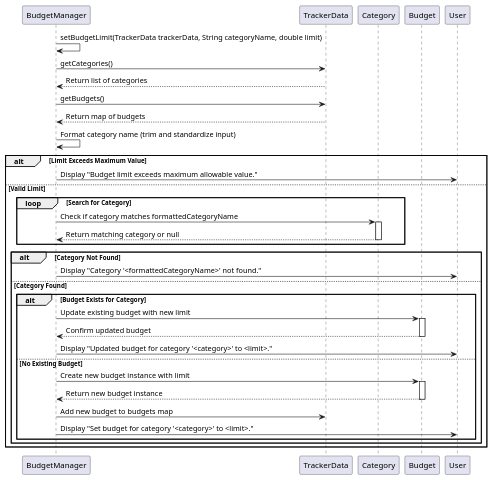
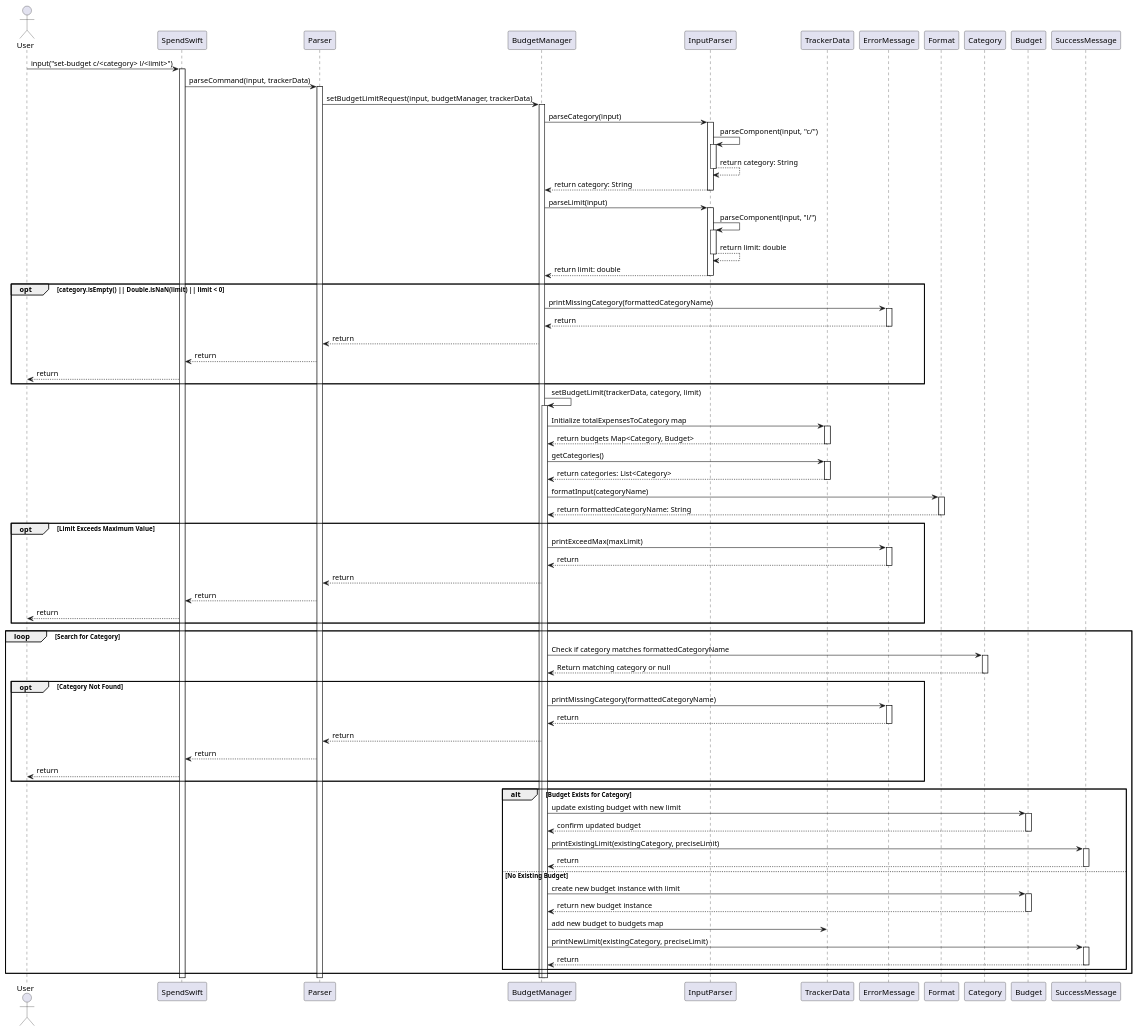
One commit to nus-cs2113-AY2425S1/tp changed the diagram in docs/diagrams/SetBudget.puml. Above: the diagram before and after it, drawn with PlantUML. The commit also changed 6 other files, not shown here.

Commit message:
Add set-budget sequence diagram

```diff
--- a/docs/diagrams/SetBudget.puml
+++ b/docs/diagrams/SetBudget.puml
@@ -1,48 +1,113 @@
 @startuml
 
+actor User
+participant SpendSwift
+participant Parser
 participant BudgetManager
+participant InputParser
 participant TrackerData
-participant Category
-participant Budget
 
-BudgetManager -> BudgetManager : setBudgetLimit(TrackerData trackerData, String categoryName, double limit)
+User -> SpendSwift : input("set-budget c/<category> l/<limit>")
+activate SpendSwift
+SpendSwift -> Parser : parseCommand(input, trackerData)
+
+activate Parser
+Parser -> BudgetManager : setBudgetLimitRequest(input, budgetManager, trackerData)
+
+activate BudgetManager
+BudgetManager -> InputParser : parseCategory(input)
+activate InputParser
+InputParser -> InputParser : parseComponent(input, "c/")
+    activate InputParser
+    InputParser --> InputParser : return category: String
+    deactivate InputParser
+InputParser --> BudgetManager : return category: String
+deactivate InputParser
+
+BudgetManager -> InputParser : parseLimit(input)
+activate InputParser
+InputParser -> InputParser : parseComponent(input, "l/")
+    activate InputParser
+    InputParser --> InputParser : return limit: double
+    deactivate InputParser
+InputParser --> BudgetManager : return limit: double
+deactivate InputParser
+
+opt category.isEmpty() || Double.isNaN(limit) || limit < 0
+    BudgetManager -> ErrorMessage : printMissingCategory(formattedCategoryName)
+    activate ErrorMessage
+    ErrorMessage --> BudgetManager : return
+    deactivate ErrorMessage
+    BudgetManager --> Parser : return
+    Parser --> SpendSwift : return
+    SpendSwift --> User : return
+end
+
+BudgetManager -> BudgetManager : setBudgetLimit(trackerData, category, limit)
+activate BudgetManager
+
+BudgetManager -> TrackerData : Initialize totalExpensesToCategory map
+activate TrackerData
+TrackerData --> BudgetManager : return budgets Map<Category, Budget>
+deactivate TrackerData
 
 BudgetManager -> TrackerData : getCategories()
-TrackerData --> BudgetManager : Return list of categories
+activate TrackerData
+TrackerData --> BudgetManager : return categories: List<Category>
+deactivate TrackerData
 
-BudgetManager -> TrackerData : getBudgets()
-TrackerData --> BudgetManager : Return map of budgets
+BudgetManager -> Format : formatInput(categoryName)
+activate Format
+Format --> BudgetManager : return formattedCategoryName: String
+deactivate Format
 
-BudgetManager -> BudgetManager : Format category name (trim and standardize input)
+opt Limit Exceeds Maximum Value
+    BudgetManager -> ErrorMessage : printExceedMax(maxLimit)
+    activate ErrorMessage
+    ErrorMessage --> BudgetManager : return
+    deactivate ErrorMessage
+    BudgetManager --> Parser : return
+    Parser --> SpendSwift : return
+    SpendSwift --> User : return
+end
 
-alt Limit Exceeds Maximum Value
-    BudgetManager -> User : Display "Budget limit exceeds maximum allowable value."
-else Valid Limit
     loop Search for Category
         BudgetManager -> Category : Check if category matches formattedCategoryName
         activate Category
         Category --> BudgetManager : Return matching category or null
         deactivate Category
+
+    opt Category Not Found
+        BudgetManager -> ErrorMessage : printMissingCategory(formattedCategoryName)
+        activate ErrorMessage
+        ErrorMessage --> BudgetManager : return
+        deactivate ErrorMessage
+        BudgetManager --> Parser : return
+        Parser --> SpendSwift : return
+        SpendSwift --> User : return
     end
 
-    alt Category Not Found
-        BudgetManager -> User : Display "Category '<formattedCategoryName>' not found."
-    else Category Found
-        alt Budget Exists for Category
-            BudgetManager -> Budget : Update existing budget with new limit
-            activate Budget
-            Budget --> BudgetManager : Confirm updated budget
-            deactivate Budget
-            BudgetManager -> User : Display "Updated budget for category '<category>' to <limit>."
-        else No Existing Budget
-            BudgetManager -> Budget : Create new budget instance with limit
-            activate Budget
-            Budget --> BudgetManager : Return new budget instance
-            deactivate Budget
-            BudgetManager -> TrackerData : Add new budget to budgets map
-            BudgetManager -> User : Display "Set budget for category '<category>' to <limit>."
-        end
+    alt Budget Exists for Category
+        BudgetManager -> Budget : update existing budget with new limit
+        activate Budget
+        Budget --> BudgetManager : confirm updated budget
+        deactivate Budget
+        BudgetManager -> SuccessMessage : printExistingLimit(existingCategory, preciseLimit)
+        activate SuccessMessage
+        SuccessMessage --> BudgetManager : return
+        deactivate SuccessMessage
+    else No Existing Budget
+        BudgetManager -> Budget : create new budget instance with limit
+        activate Budget
+        Budget --> BudgetManager : return new budget instance
+        deactivate Budget
+        BudgetManager -> TrackerData : add new budget to budgets map
+        BudgetManager -> SuccessMessage : printNewLimit(existingCategory, preciseLimit)
+        activate SuccessMessage
+        SuccessMessage --> BudgetManager : return
+        deactivate SuccessMessage
     end
+
 end
 
 @enduml
```
